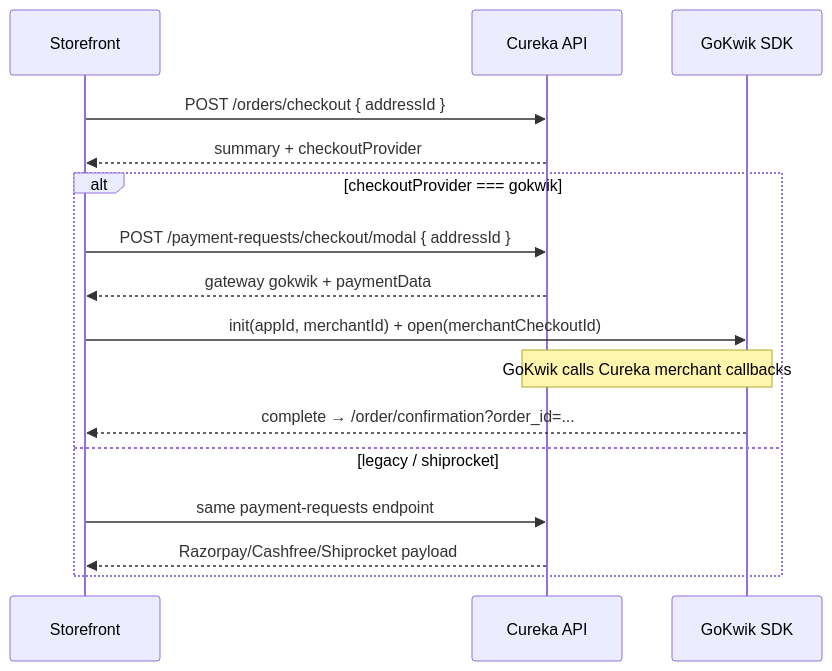
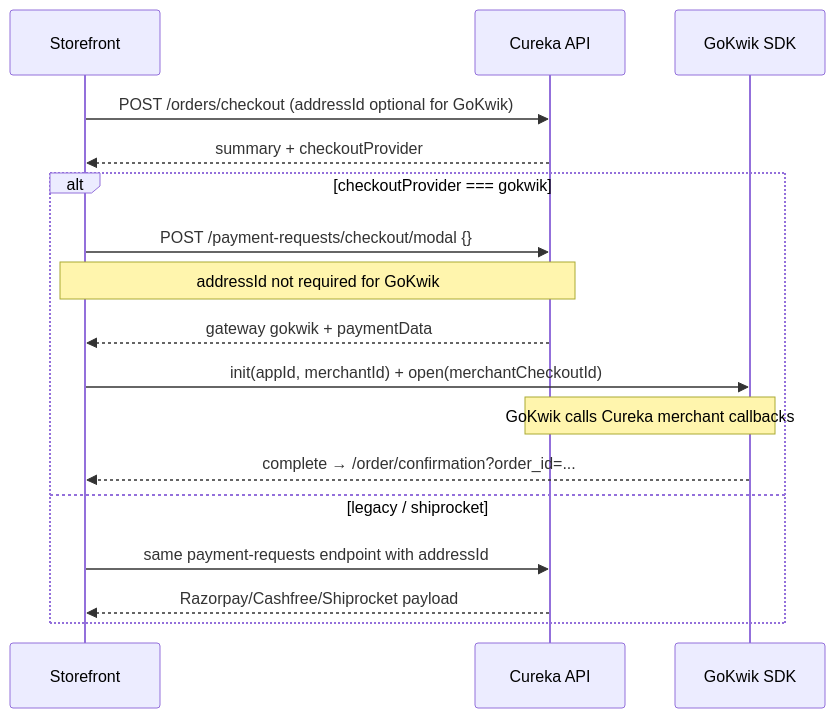
Before and after one commit to CurekaTech/cureka-backend: the diagram in docs/frontend-gokwik-checkout.md, drawn with Mermaid. The commit also changed other lines of this file and 2 other files, not shown here.

Commit message:
addressId make optional in checkout

````diff
--- a/docs/frontend-gokwik-checkout.md
+++ b/docs/frontend-gokwik-checkout.md
@@ -28,19 +28,20 @@
 ```mermaid
 sequenceDiagram
   participant FE as Storefront
   participant API as Cureka API
   participant GK as GoKwik SDK
 
-  FE->>API: POST /orders/checkout { addressId }
+  FE->>API: POST /orders/checkout (addressId optional for GoKwik)
   API-->>FE: summary + checkoutProvider
   alt checkoutProvider === gokwik
-    FE->>API: POST /payment-requests/checkout/modal { addressId }
+    FE->>API: POST /payment-requests/checkout/modal {}
+    Note over FE,API: addressId not required for GoKwik
     API-->>FE: gateway gokwik + paymentData
     FE->>GK: init(appId, merchantId) + open(merchantCheckoutId)
     Note over GK,API: GoKwik calls Cureka merchant callbacks
     GK-->>FE: complete → /order/confirmation?order_id=...
   else legacy / shiprocket
-    FE->>API: same payment-requests endpoint
+    FE->>API: same payment-requests endpoint with addressId
     API-->>FE: Razorpay/Cashfree/Shiprocket payload
   end
 ```
````
